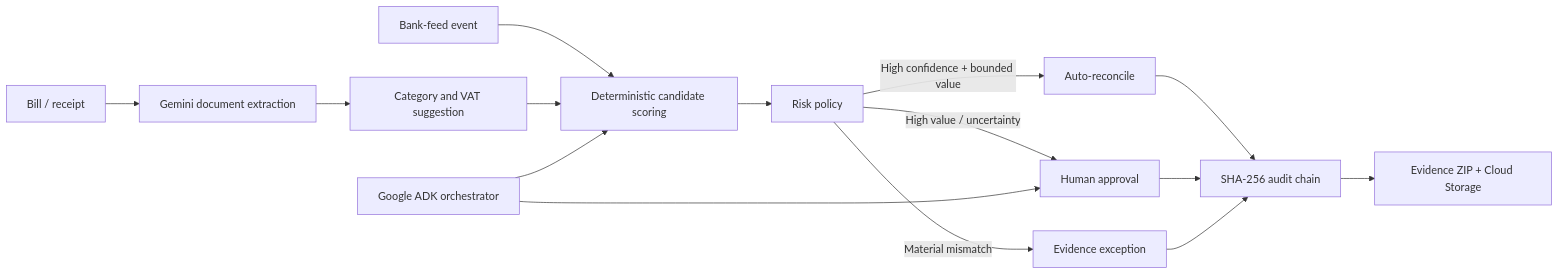
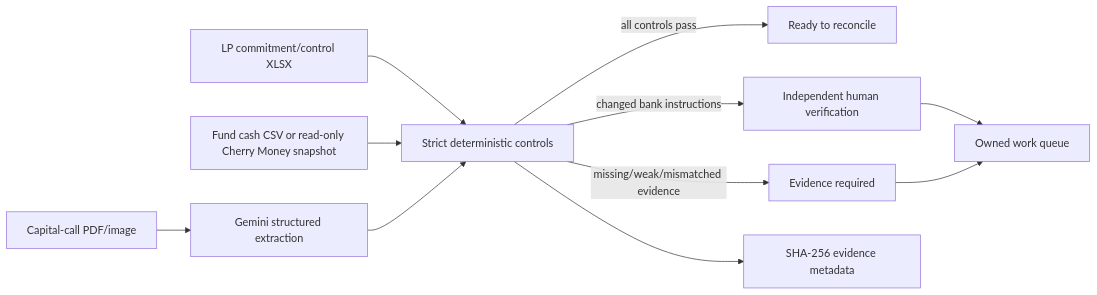
The diagram in README.md (sohamtech-uk/cherry-agentic-finops), drawn with Mermaid before and after one commit. The commit also changed other lines of this file, not shown here.

Commit message:
Align README with FundOps control-room architecture

````diff
--- a/README.md
+++ b/README.md
@@ -36,17 +32,13 @@
 ```mermaid
 flowchart LR
-  D[Bill / receipt] --> G[Gemini document extraction]
-  B[Bank-feed event] --> M[Deterministic candidate scoring]
-  G --> C[Category and VAT suggestion]
-  C --> M
-  M --> R[Risk policy]
-  R -->|High confidence + bounded value| A[Auto-reconcile]
-  R -->|High value / uncertainty| H[Human approval]
-  R -->|Material mismatch| E[Evidence exception]
-  A --> U[SHA-256 audit chain]
-  H --> U
-  E --> U
-  U --> Z[Evidence ZIP + Cloud Storage]
-  ADK[Google ADK orchestrator] --> M
-  ADK --> H
+  P[Capital-call PDF/image] --> G[Gemini structured extraction]
+  X[LP commitment/control XLSX] --> C[Strict deterministic controls]
+  B[Fund cash CSV or read-only Cherry Money snapshot] --> C
+  G --> C
+  C -->|all controls pass| R[Ready to reconcile]
+  C -->|changed bank instructions| H[Independent human verification]
+  C -->|missing/weak/mismatched evidence| E[Evidence required]
+  H --> W[Owned work queue]
+  E --> W
+  C --> A[SHA-256 evidence metadata]
 ```
````
